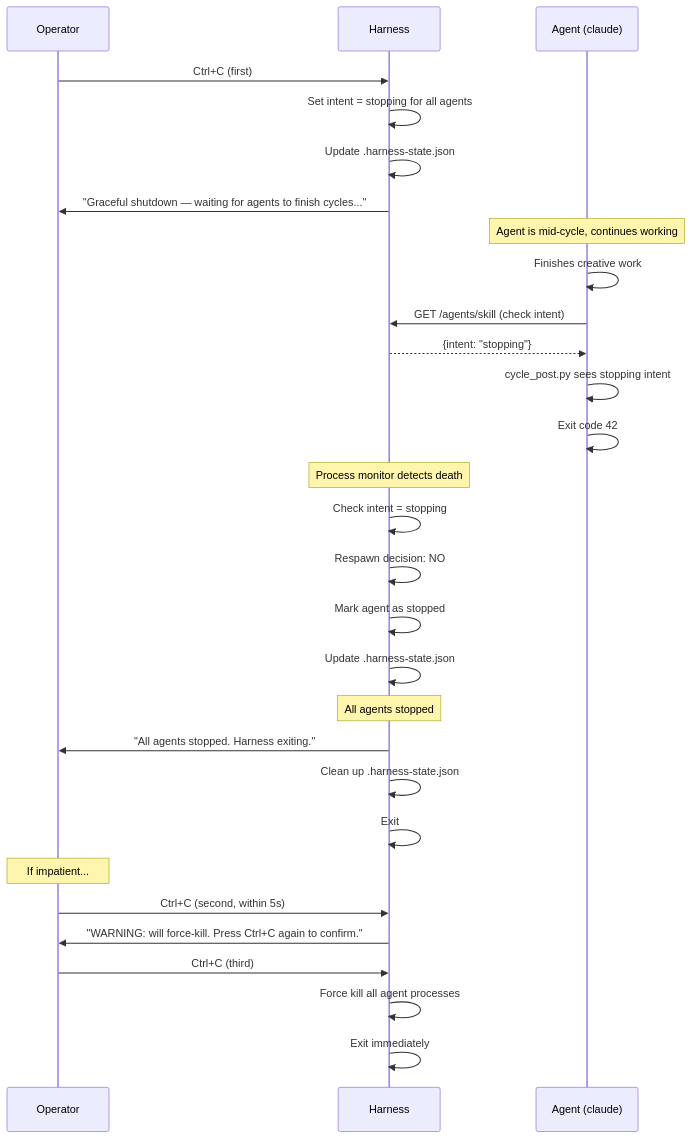
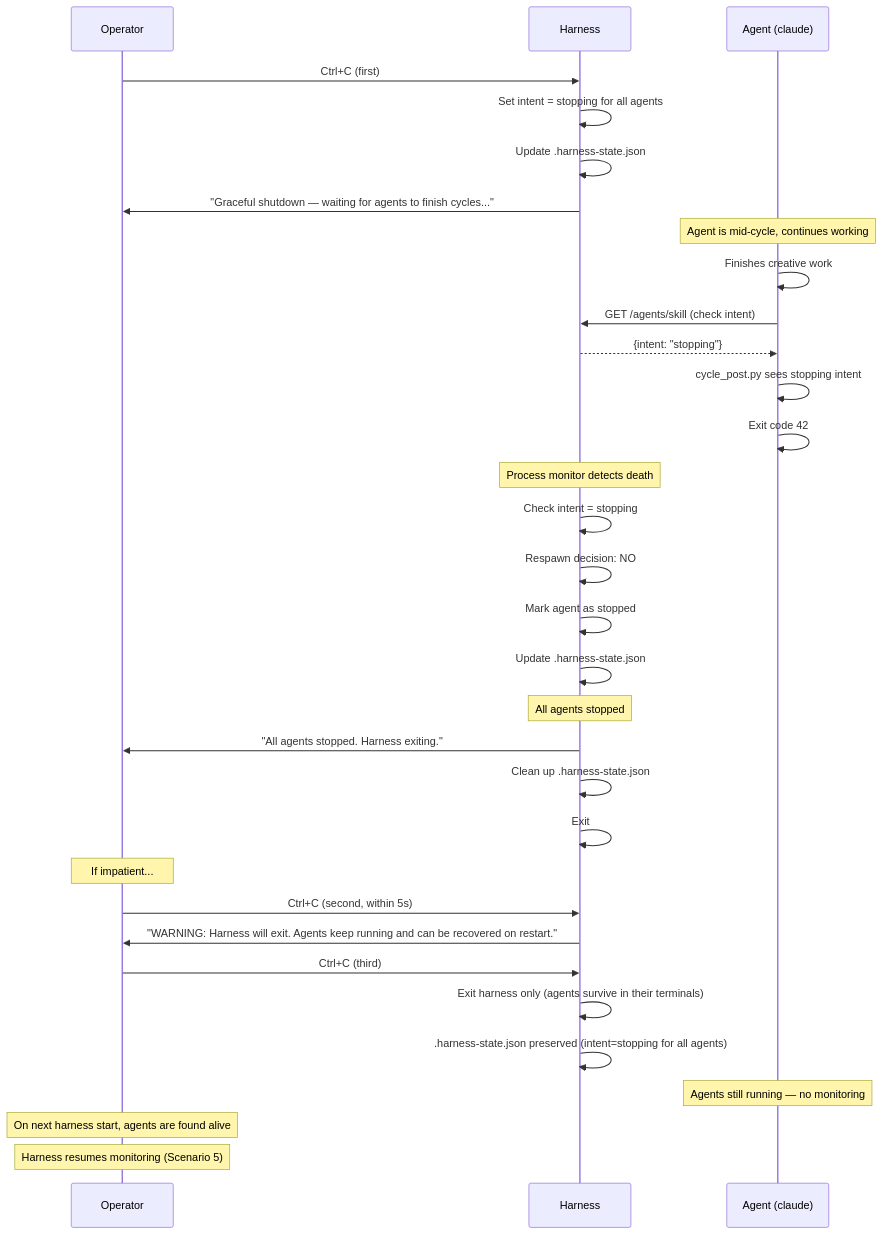
Before and after one commit to WallyDoodlez/SquidSquad: the fifth of 8 diagrams in .squidsquad/pm/planning/HARNESS-LIFECYCLE-PRD.md, drawn with Mermaid. The commit also changed other lines of this file, not shown here.

Commit message:
pm: #4966 — add scenario 7 (power outage), update Ctrl+C to Option B (harness exits, agents survive)

````diff
--- a/.squidsquad/pm/planning/HARNESS-LIFECYCLE-PRD.md
+++ b/.squidsquad/pm/planning/HARNESS-LIFECYCLE-PRD.md
@@ -155,36 +155,40 @@
 ```mermaid
 sequenceDiagram
     participant O as Operator
     participant H as Harness
     participant A as Agent (claude)
 
     O->>H: Ctrl+C (first)
     H->>H: Set intent = stopping for all agents
     H->>H: Update .harness-state.json
     H->>O: "Graceful shutdown — waiting for agents to finish cycles..."
 
     Note over A: Agent is mid-cycle, continues working
     A->>A: Finishes creative work
     A->>H: GET /agents/skill (check intent)
     H-->>A: {intent: "stopping"}
     A->>A: cycle_post.py sees stopping intent
     A->>A: Exit code 42
 
     Note over H: Process monitor detects death
     H->>H: Check intent = stopping
     H->>H: Respawn decision: NO
     H->>H: Mark agent as stopped
     H->>H: Update .harness-state.json
 
     Note over H: All agents stopped
     H->>O: "All agents stopped. Harness exiting."
     H->>H: Clean up .harness-state.json
     H->>H: Exit
 
     Note over O: If impatient...
     O->>H: Ctrl+C (second, within 5s)
-    H->>O: "WARNING: will force-kill. Press Ctrl+C again to confirm."
+    H->>O: "WARNING: Harness will exit. Agents keep running and can be recovered on restart."
     O->>H: Ctrl+C (third)
-    H->>H: Force kill all agent processes
-    H->>H: Exit immediately
+    H->>H: Exit harness only (agents survive in their terminals)
+    H->>H: .harness-state.json preserved (intent=stopping for all agents)
+
+    Note over A: Agents still running — no monitoring
+    Note over O: On next harness start, agents are found alive
+    Note over O: Harness resumes monitoring (Scenario 5)
 ```
````
